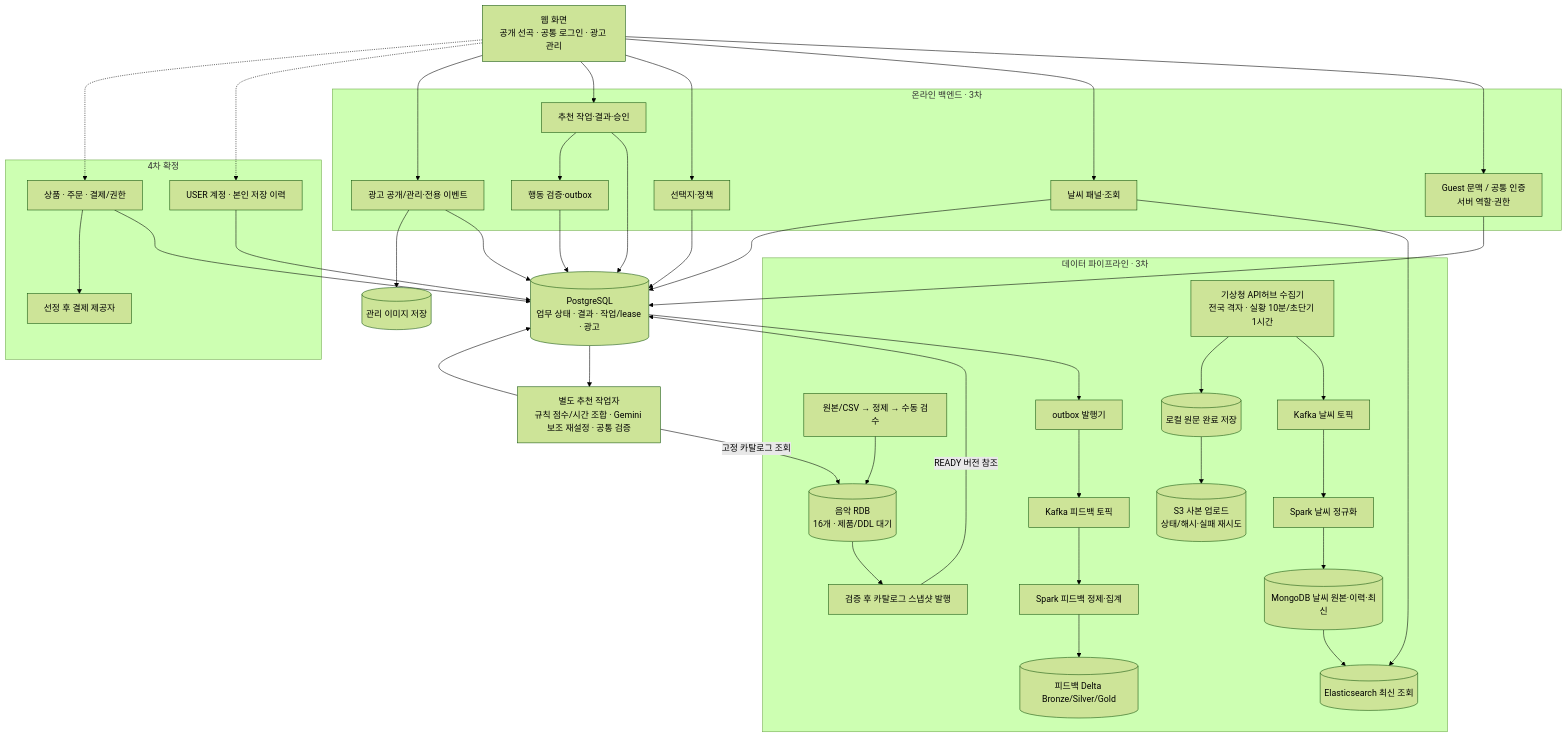
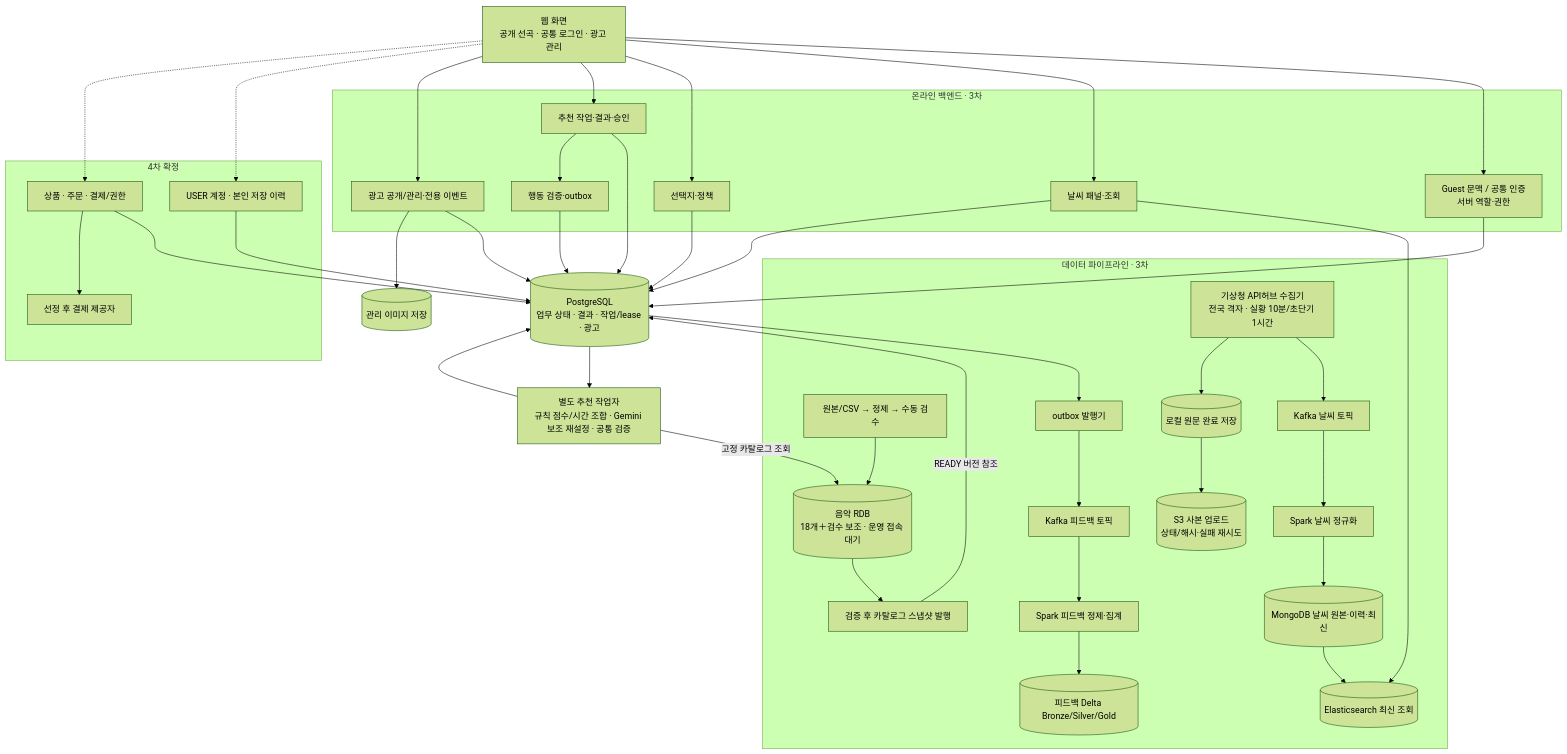
Before and after one commit to encore-ai-campus/mlo-01-p3-team1: the first of 7 diagrams in docs/product/카페_음악_서비스_구현_설계도.md, drawn with Mermaid (forest theme). The commit also changed other lines of this file and 245 other files, not shown here.

````diff
--- a/docs/product/카페_음악_서비스_구현_설계도.md
+++ b/docs/product/카페_음악_서비스_구현_설계도.md
@@ -126,53 +132,53 @@
 ```mermaid
 flowchart TB
     WEB["웹 화면<br/>공개 선곡 · 공통 로그인 · 광고 관리"]
     subgraph API["온라인 백엔드 · 3차"]
         AUTH["Guest 문맥 / 공통 인증<br/>서버 역할·권한"]
         WEATHER["날씨 패널·조회"]
         OPTIONS["선택지·정책"]
         REC["추천 작업·결과·승인"]
         FEEDBACK["행동 검증·outbox"]
         ADS["광고 공개/관리·전용 이벤트"]
     end
     DB[("PostgreSQL<br/>업무 상태 · 결과 · 작업/lease · 광고")]
     WORKER["별도 추천 작업자<br/>규칙 점수/시간 조합 · Gemini 보조 재설정 · 공통 검증"]
     FILES[("관리 이미지 저장")]
     subgraph PIPE["데이터 파이프라인 · 3차"]
-        MUSIC["원본/CSV → 정제 → 수동 검수"] --> MUSICDB[("음악 RDB<br/>16개 · 제품/DDL 대기")]
+        MUSIC["원본/CSV → 정제 → 수동 검수"] --> MUSICDB[("음악 RDB<br/>18개＋검수 보조 · 운영 접속 대기")]
         PUBLISH["검증 후 카탈로그 스냅샷 발행"]
         KMA["기상청 API허브 수집기<br/>전국 격자 · 실황 10분/초단기 1시간"] --> WKAFKA["Kafka 날씨 토픽"]
         WKAFKA --> WSPARK["Spark 날씨 정규화"]
         WSPARK --> WMONGO[("MongoDB 날씨 원본·이력·최신")]
         KMA --> WRAW[("로컬 원문 완료 저장")]
         WRAW --> S3RAW[("S3 사본 업로드<br/>상태/해시·실패 재시도")]
         WMONGO --> WES[("Elasticsearch 최신 조회")]
         FKAFKA["Kafka 피드백 토픽"] --> FSPARK["Spark 피드백 정제·집계"]
         FSPARK --> FDELTA[("피드백 Delta Bronze/Silver/Gold")]
         RELAY["outbox 발행기"]
     end
     subgraph FOUR["4차 확정"]
         USER["USER 계정 · 본인 저장 이력"]
         PAYMENT["상품 · 주문 · 결제/권한"]
         PROVIDER["선정 후 결제 제공자"]
     end
     WEB --> AUTH
     WEB --> WEATHER
     WEB --> OPTIONS
     WEB --> REC
     WEB --> ADS
     AUTH --> DB
     WEATHER --> WES
     WEATHER --> DB
     OPTIONS --> DB
     REC --> DB
     REC --> FEEDBACK --> DB
     ADS --> DB
     ADS --> FILES
     DB --> WORKER --> DB
     MUSICDB --> PUBLISH -->|READY 버전 참조| DB
     WORKER -->|고정 카탈로그 조회| MUSICDB
     DB --> RELAY --> FKAFKA
     WEB -.-> USER --> DB
     WEB -.-> PAYMENT --> DB
     PAYMENT --> PROVIDER
 ```
````
